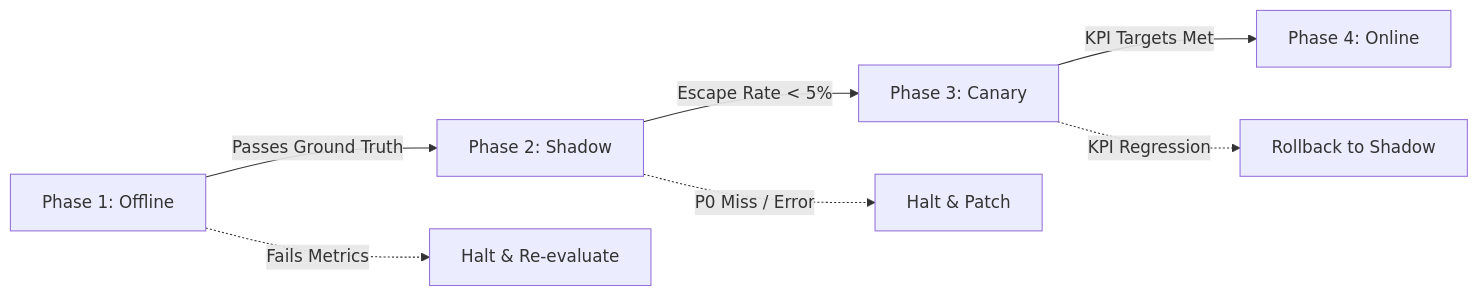
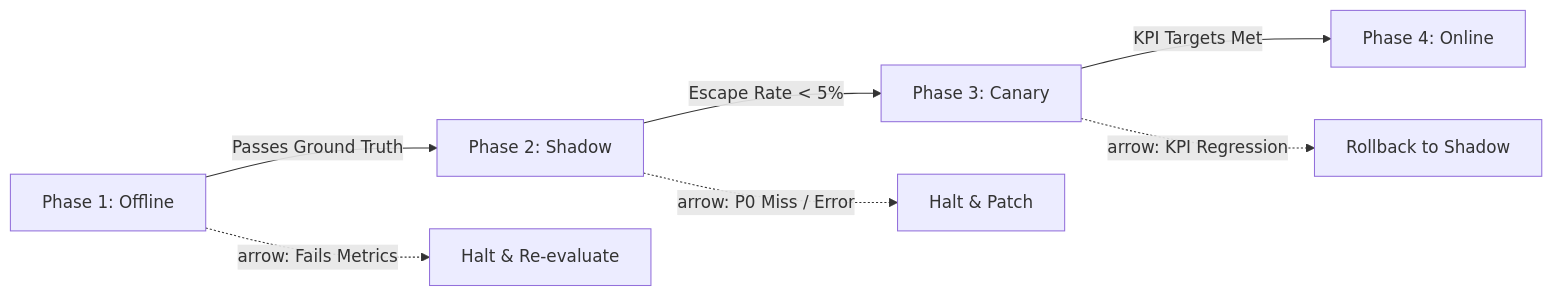
One commit to Galina-Blokh/monday-system changed the fourth of 4 diagrams in monday_agent_system_design.md. Above: the diagram before and after it, drawn with Mermaid. The commit also changed other lines of this file, not shown here.

````diff
--- a/monday_agent_system_design.md
+++ b/monday_agent_system_design.md
@@ -407,10 +246,10 @@
 ```mermaid
 flowchart LR
     P1[Phase 1: Offline] -->|Passes Ground Truth| P2[Phase 2: Shadow]
     P2 -->|Escape Rate < 5%| P3[Phase 3: Canary]
     P3 -->|KPI Targets Met| P4[Phase 4: Online]
     
-    P1 -.->|Fails Metrics| H1[Halt & Re-evaluate]
-    P2 -.->|P0 Miss / Error| H2[Halt & Patch]
-    P3 -.->|KPI Regression| H3[Rollback to Shadow]
+    P1 -.arrow: Fails Metrics.-> H1[Halt & Re-evaluate]
+    P2 -.arrow: P0 Miss / Error.-> H2[Halt & Patch]
+    P3 -.arrow: KPI Regression.-> H3[Rollback to Shadow]
 ```
````
